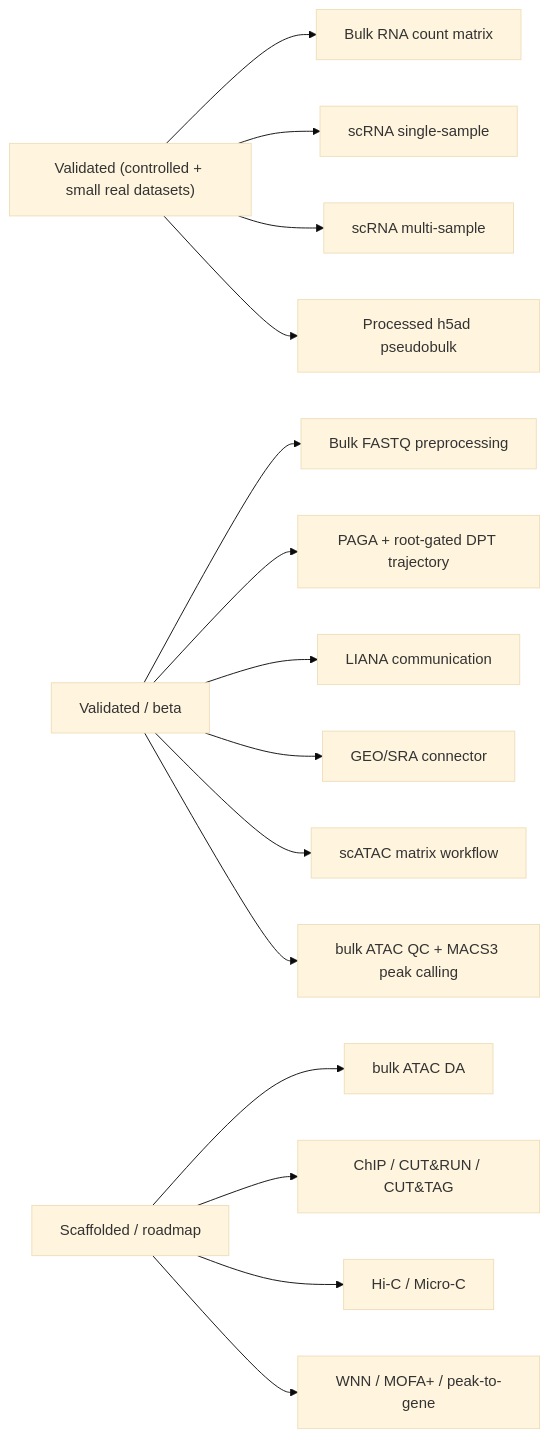
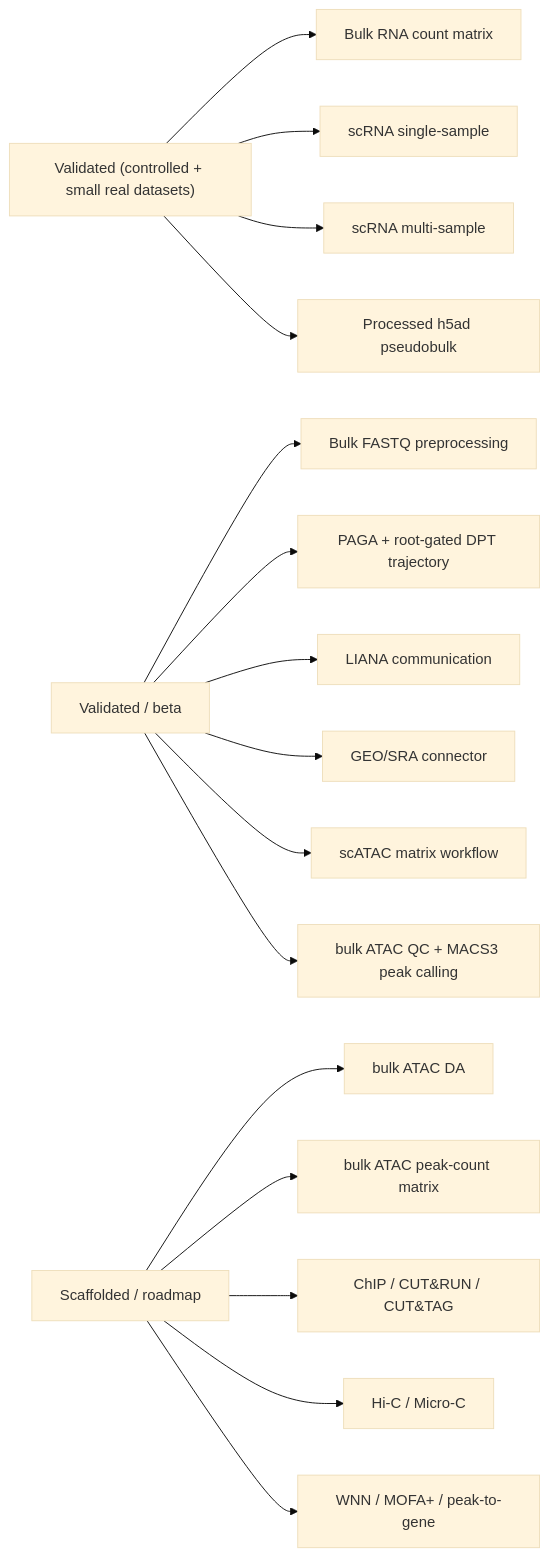
Before and after one commit to Olascoaga/aria-omics: the diagram in docs/diagrams/validation_boundary.mmd, drawn with Mermaid (base theme). The commit also changed 13 other files, not shown here.

Commit message:
feat(chromatin): add bulk ATAC peak count matrix scaffold

```diff
--- a/docs/diagrams/validation_boundary.mmd
+++ b/docs/diagrams/validation_boundary.mmd
@@ -1,15 +1,16 @@
 flowchart LR
     A["Validated (controlled + small real datasets)"] --> A1[Bulk RNA count matrix]
     A --> A2[scRNA single-sample]
     A --> A3[scRNA multi-sample]
     A --> A4[Processed h5ad pseudobulk]
     B[Validated / beta] --> B1[Bulk FASTQ preprocessing]
     B --> B2[PAGA + root-gated DPT trajectory]
     B --> B3[LIANA communication]
     B --> B4[GEO/SRA connector]
     B --> B5[scATAC matrix workflow]
     B --> B6[bulk ATAC QC + MACS3 peak calling]
     C[Scaffolded / roadmap] --> C1[bulk ATAC DA]
+    C --> C0[bulk ATAC peak-count matrix]
     C --> C2[ChIP / CUT&RUN / CUT&TAG]
     C --> C3[Hi-C / Micro-C]
     C --> C4[WNN / MOFA+ / peak-to-gene]
```
